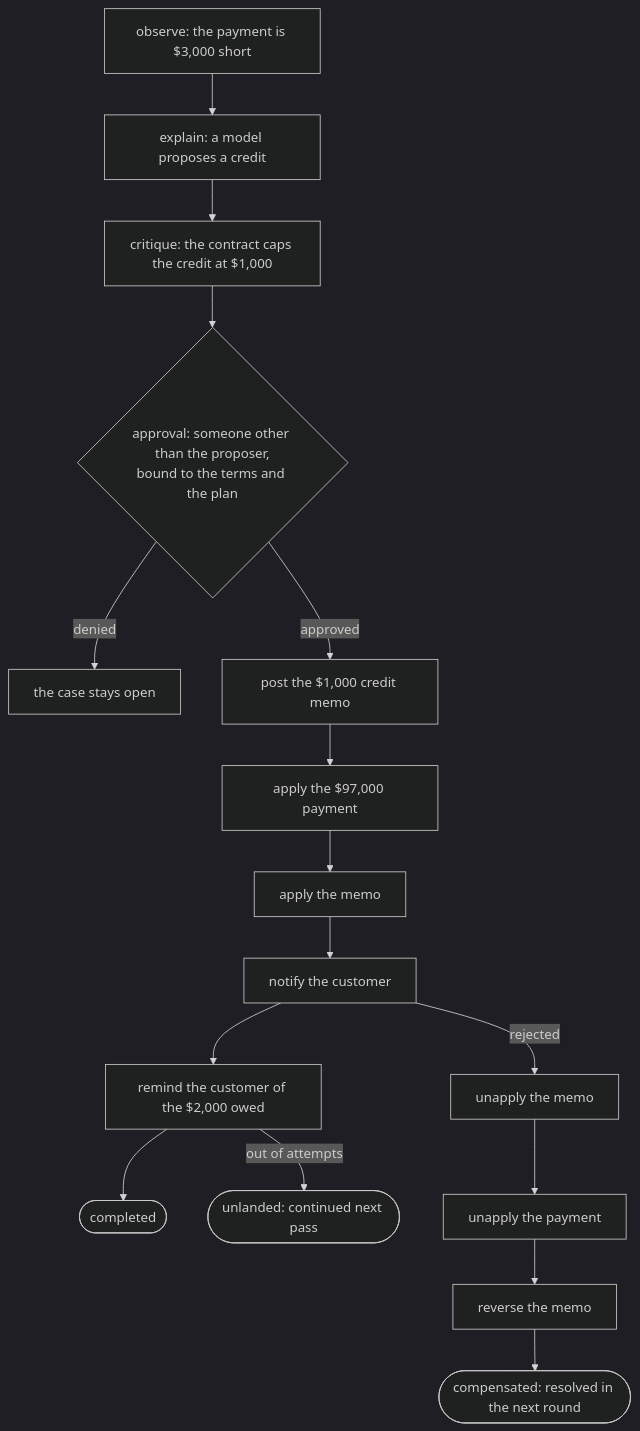
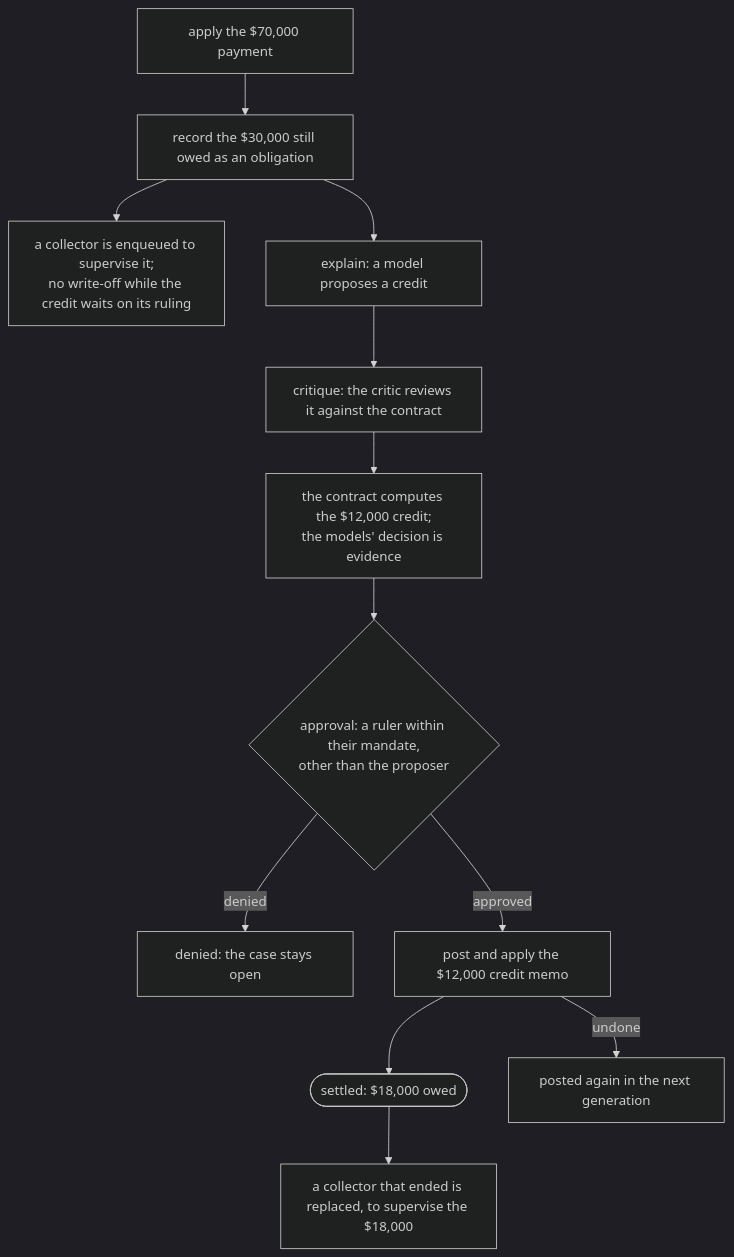
The third of 4 diagrams in data/readmes/jimbaker__effective.md (zqf20096327/ai_collect), drawn with Mermaid (dark theme) before and after one commit. The commit also changed other lines of this file and 1917 other files, not shown here.

````diff
--- a/data/readmes/jimbaker__effective.md
+++ b/data/readmes/jimbaker__effective.md
@@ -291,18 +295,14 @@
 ```mermaid
 flowchart TD
-    observe["observe: the payment is $3,000 short"] --> explain["explain: a model proposes a credit"]
-    explain --> critique["critique: the contract caps the credit at $1,000"]
-    critique --> gate{"approval: someone other than the proposer,<br/>bound to the terms and the plan"}
-    gate -- denied --> open["the case stays open"]
-    gate -- approved --> memo["post the $1,000 credit memo"]
-    memo --> pay["apply the $97,000 payment"]
-    pay --> apply["apply the memo"]
-    apply --> notify["notify the customer"]
-    notify --> remind["remind the customer of the $2,000 owed"]
-    remind --> completed(["completed"])
-    remind -- out of attempts --> unlanded(["unlanded: continued next pass"])
-    notify -- rejected --> u1["unapply the memo"]
-    u1 --> u2["unapply the payment"]
-    u2 --> u3["reverse the memo"]
-    u3 --> compensated(["compensated: resolved in the next round"])
+    apply["apply the $70,000 payment"] --> owed["record the $30,000 still owed as an obligation"]
+    owed --> collect["a collector is enqueued to supervise it;<br/>no write-off while the credit waits on its ruling"]
+    owed --> explain["explain: a model proposes a credit"]
+    explain --> critique["critique: the critic reviews it against the contract"]
+    critique --> computed["the contract computes the $12,000 credit;<br/>the models' decision is evidence"]
+    computed --> gate{"approval: a ruler within their mandate,<br/>other than the proposer"}
+    gate -- denied --> open["denied: the case stays open"]
+    gate -- approved --> memo["post and apply the $12,000 credit memo"]
+    memo --> settled(["settled: $18,000 owed"])
+    settled --> successor["a collector that ended is replaced, to supervise the $18,000"]
+    memo -- undone --> again["posted again in the next generation"]
 ```
````
